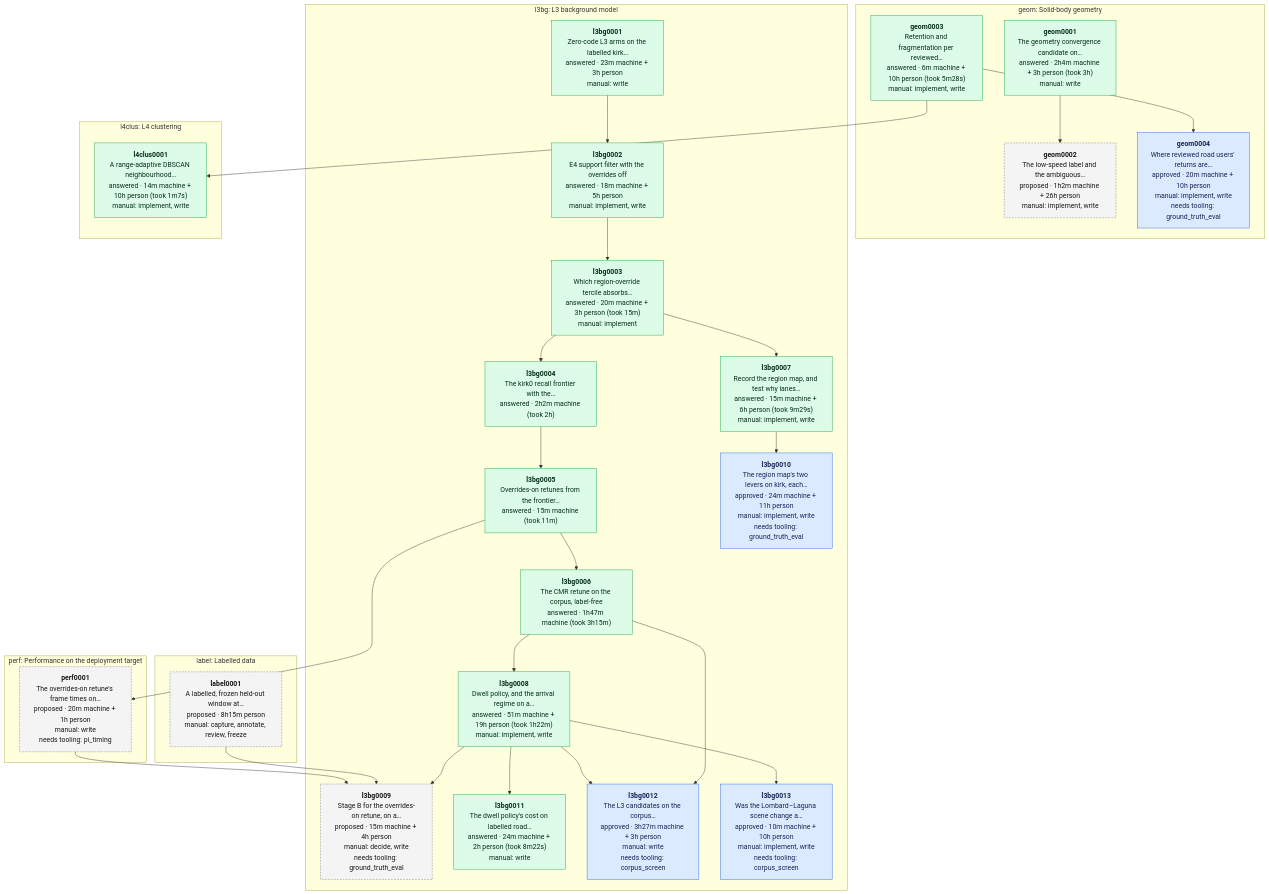
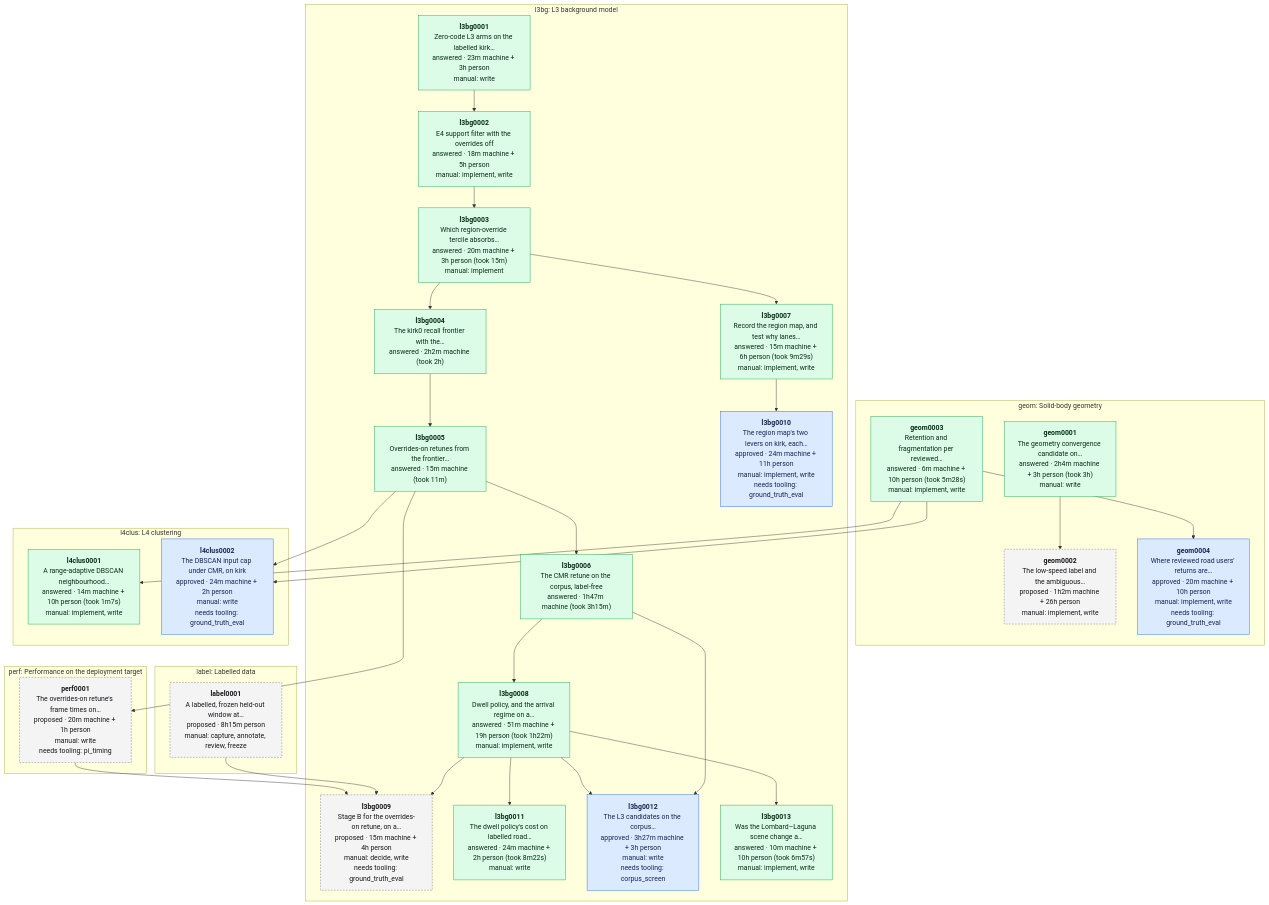
Before and after one commit to banshee-data/velocity.report: the diagram in data/experiments/DEPENDENCIES.md, drawn with Mermaid. The commit also changed other lines of this file and 6 other files, not shown here.

First line of the commit message:
[ai][docs] l3bg0013 answered; the scene-change proposal, sprint plan and dwell report record the pose step

````diff
--- a/data/experiments/DEPENDENCIES.md
+++ b/data/experiments/DEPENDENCIES.md
@@ -7,56 +7,59 @@
 ```mermaid
 flowchart TB
   classDef proposed fill:#f4f4f5,stroke:#71717a,stroke-dasharray:4 3,color:#18181b
   classDef approved fill:#dbeafe,stroke:#2563eb,color:#172554
   classDef answered fill:#dcfce7,stroke:#16a34a,color:#052e16
   classDef retired fill:#fafafa,stroke:#d4d4d8,color:#71717a
   subgraph area_geom ["geom: Solid-body geometry"]
     geom0001["<b>geom0001</b><br/>The geometry convergence candidate on…<br/>answered · 2h4m machine + 3h person (took 3h)<br/>manual: write"]:::answered
     geom0002["<b>geom0002</b><br/>The low-speed label and the ambiguous…<br/>proposed · 1h2m machine + 26h person<br/>manual: implement, write"]:::proposed
     geom0003["<b>geom0003</b><br/>Retention and fragmentation per reviewed…<br/>answered · 6m machine + 10h person (took 5m28s)<br/>manual: implement, write"]:::answered
     geom0004["<b>geom0004</b><br/>Where reviewed road users' returns are…<br/>approved · 20m machine + 10h person<br/>manual: implement, write<br/>needs tooling: ground_truth_eval"]:::approved
   end
   subgraph area_l3bg ["l3bg: L3 background model"]
     l3bg0001["<b>l3bg0001</b><br/>Zero-code L3 arms on the labelled kirk…<br/>answered · 23m machine + 3h person<br/>manual: write"]:::answered
     l3bg0002["<b>l3bg0002</b><br/>E4 support filter with the overrides off<br/>answered · 18m machine + 5h person<br/>manual: implement, write"]:::answered
     l3bg0003["<b>l3bg0003</b><br/>Which region-override tercile absorbs…<br/>answered · 20m machine + 3h person (took 15m)<br/>manual: implement"]:::answered
     l3bg0004["<b>l3bg0004</b><br/>The kirk0 recall frontier with the…<br/>answered · 2h2m machine (took 2h)"]:::answered
     l3bg0005["<b>l3bg0005</b><br/>Overrides-on retunes from the frontier…<br/>answered · 15m machine (took 11m)"]:::answered
     l3bg0006["<b>l3bg0006</b><br/>The CMR retune on the corpus, label-free<br/>answered · 1h47m machine (took 3h15m)"]:::answered
     l3bg0007["<b>l3bg0007</b><br/>Record the region map, and test why lanes…<br/>answered · 15m machine + 6h person (took 9m29s)<br/>manual: implement, write"]:::answered
     l3bg0008["<b>l3bg0008</b><br/>Dwell policy, and the arrival regime on a…<br/>answered · 51m machine + 19h person (took 1h22m)<br/>manual: implement, write"]:::answered
     l3bg0009["<b>l3bg0009</b><br/>Stage B for the overrides-on retune, on a…<br/>proposed · 15m machine + 4h person<br/>manual: decide, write<br/>needs tooling: ground_truth_eval"]:::proposed
     l3bg0010["<b>l3bg0010</b><br/>The region map's two levers on kirk, each…<br/>approved · 24m machine + 11h person<br/>manual: implement, write<br/>needs tooling: ground_truth_eval"]:::approved
     l3bg0011["<b>l3bg0011</b><br/>The dwell policy's cost on labelled road…<br/>answered · 24m machine + 2h person (took 8m22s)<br/>manual: write"]:::answered
     l3bg0012["<b>l3bg0012</b><br/>The L3 candidates on the corpus…<br/>approved · 3h27m machine + 3h person<br/>manual: write<br/>needs tooling: corpus_screen"]:::approved
-    l3bg0013["<b>l3bg0013</b><br/>Was the Lombard–Laguna scene change a…<br/>approved · 10m machine + 10h person<br/>manual: implement, write<br/>needs tooling: corpus_screen"]:::approved
+    l3bg0013["<b>l3bg0013</b><br/>Was the Lombard–Laguna scene change a…<br/>answered · 10m machine + 10h person (took 6m57s)<br/>manual: implement, write"]:::answered
   end
   subgraph area_l4clus ["l4clus: L4 clustering"]
     l4clus0001["<b>l4clus0001</b><br/>A range-adaptive DBSCAN neighbourhood…<br/>answered · 14m machine + 10h person (took 1m7s)<br/>manual: implement, write"]:::answered
+    l4clus0002["<b>l4clus0002</b><br/>The DBSCAN input cap under CMR, on kirk<br/>approved · 24m machine + 2h person<br/>manual: write<br/>needs tooling: ground_truth_eval"]:::approved
   end
   subgraph area_label ["label: Labelled data"]
     label0001["<b>label0001</b><br/>A labelled, frozen held-out window at…<br/>proposed · 8h15m person<br/>manual: capture, annotate, review, freeze"]:::proposed
   end
   subgraph area_perf ["perf: Performance on the deployment target"]
     perf0001["<b>perf0001</b><br/>The overrides-on retune's frame times on…<br/>proposed · 20m machine + 1h person<br/>manual: write<br/>needs tooling: pi_timing"]:::proposed
   end
   geom0001 --> geom0002
   geom0003 --> geom0004
   l3bg0001 --> l3bg0002
   l3bg0002 --> l3bg0003
   l3bg0003 --> l3bg0004
   l3bg0004 --> l3bg0005
   l3bg0005 --> l3bg0006
   l3bg0003 --> l3bg0007
   l3bg0006 --> l3bg0008
   l3bg0008 --> l3bg0009
   label0001 --> l3bg0009
   perf0001 --> l3bg0009
   l3bg0007 --> l3bg0010
   l3bg0008 --> l3bg0011
   l3bg0006 --> l3bg0012
   l3bg0008 --> l3bg0012
   l3bg0008 --> l3bg0013
   geom0003 --> l4clus0001
+  geom0003 --> l4clus0002
+  l3bg0005 --> l4clus0002
   l3bg0005 --> perf0001
 ```
````
